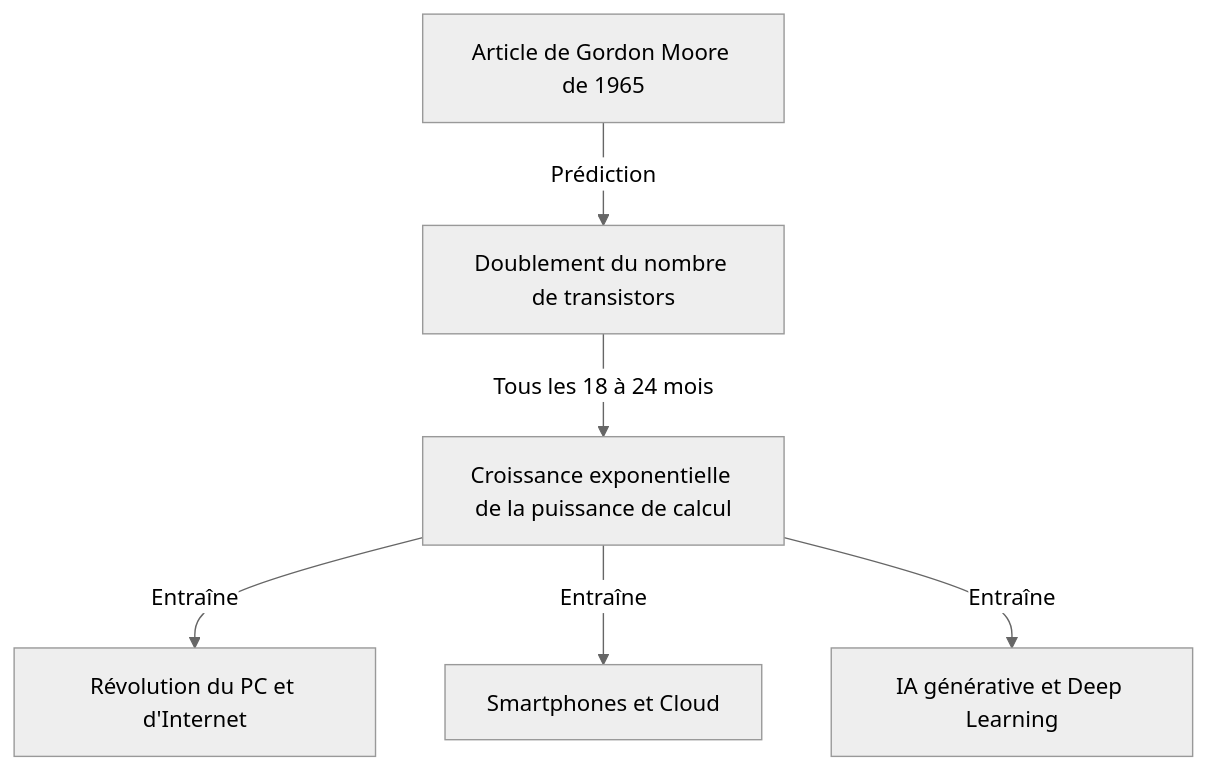
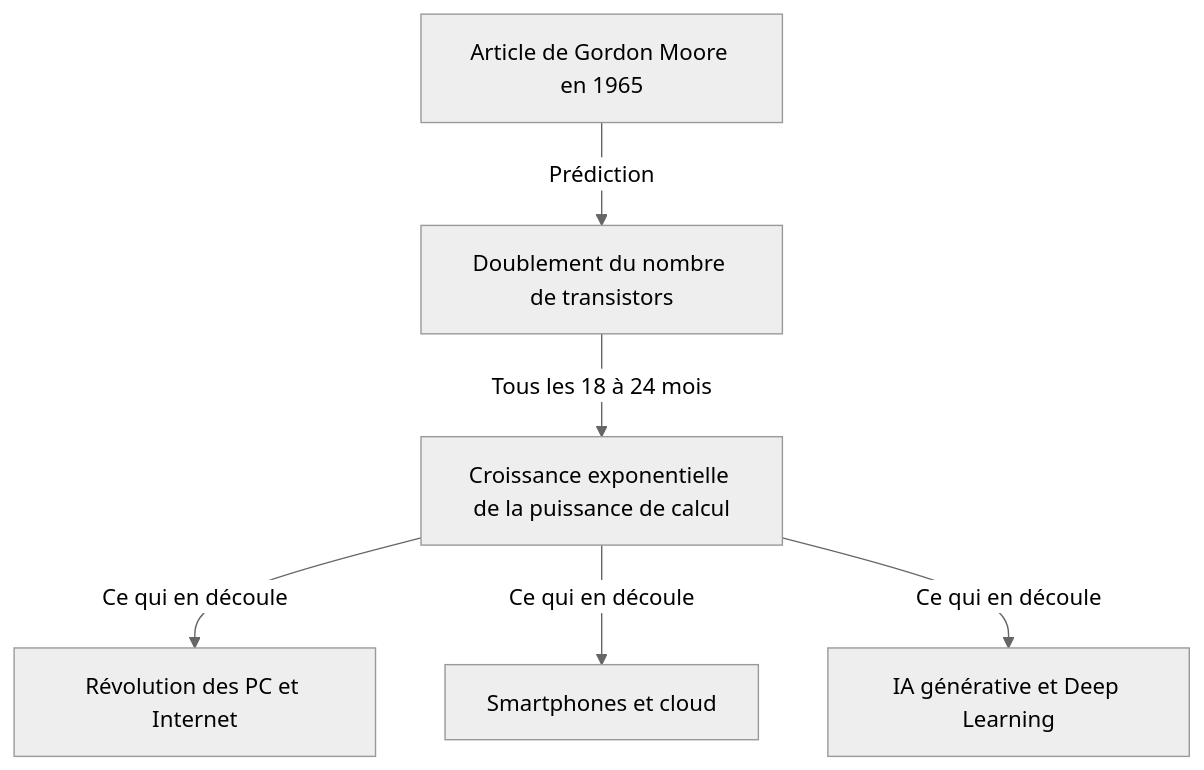
The first of 2 diagrams in content/post/business-moores-law/index.fr.md (kenjinote/blog), drawn with Mermaid (neutral theme) before and after one commit. The commit also changed other lines of this file and 40 other files, not shown here.

````diff
--- a/content/post/business-moores-law/index.fr.md
+++ b/content/post/business-moores-law/index.fr.md
@@ -25,8 +25,8 @@
 ```mermaid
 graph TD
-    A["Article de Gordon Moore de 1965"] -- "Prédiction" --> B["Doublement du nombre de transistors"]
+    A["Article de Gordon Moore en 1965"] -- "Prédiction" --> B["Doublement du nombre de transistors"]
     B -- "Tous les 18 à 24 mois" --> C["Croissance exponentielle de la puissance de calcul"]
-    C -- "Entraîne" --> D["Révolution du PC et d'Internet"]
-    C -- "Entraîne" --> E["Smartphones et Cloud"]
-    C -- "Entraîne" --> F["IA générative et Deep Learning"]
+    C -- "Ce qui en découle" --> D["Révolution des PC et Internet"]
+    C -- "Ce qui en découle" --> E["Smartphones et cloud"]
+    C -- "Ce qui en découle" --> F["IA générative et Deep Learning"]
 ```
````
